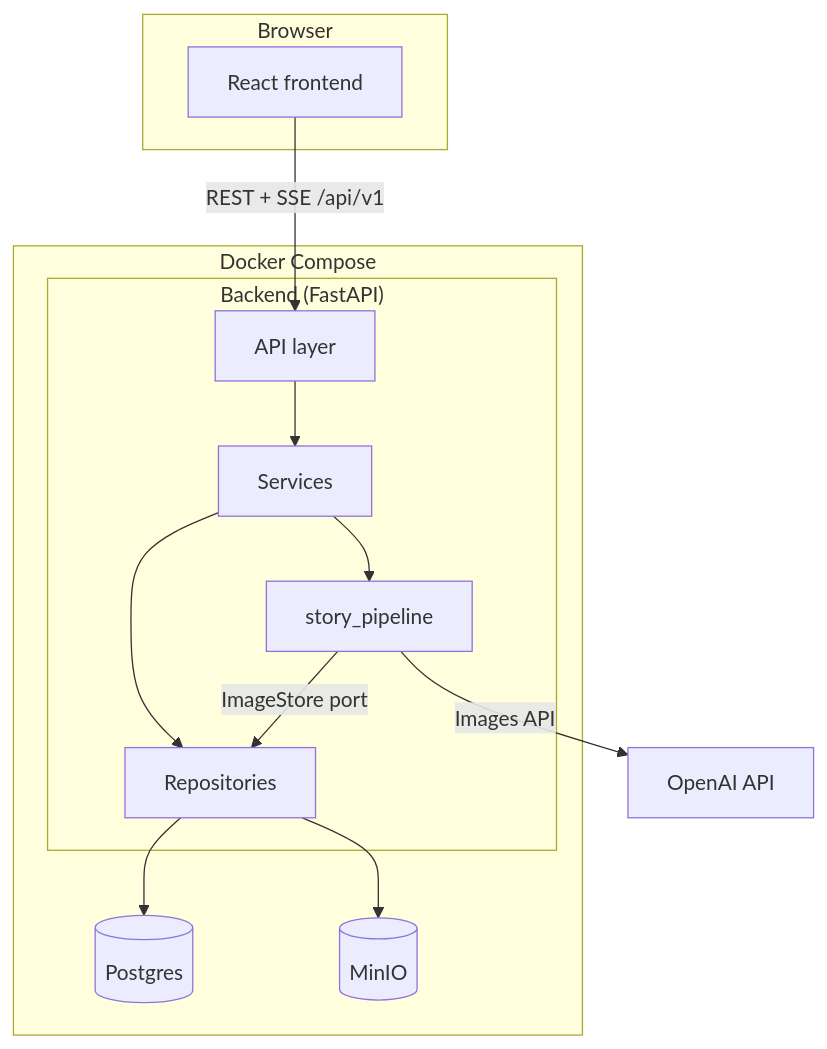
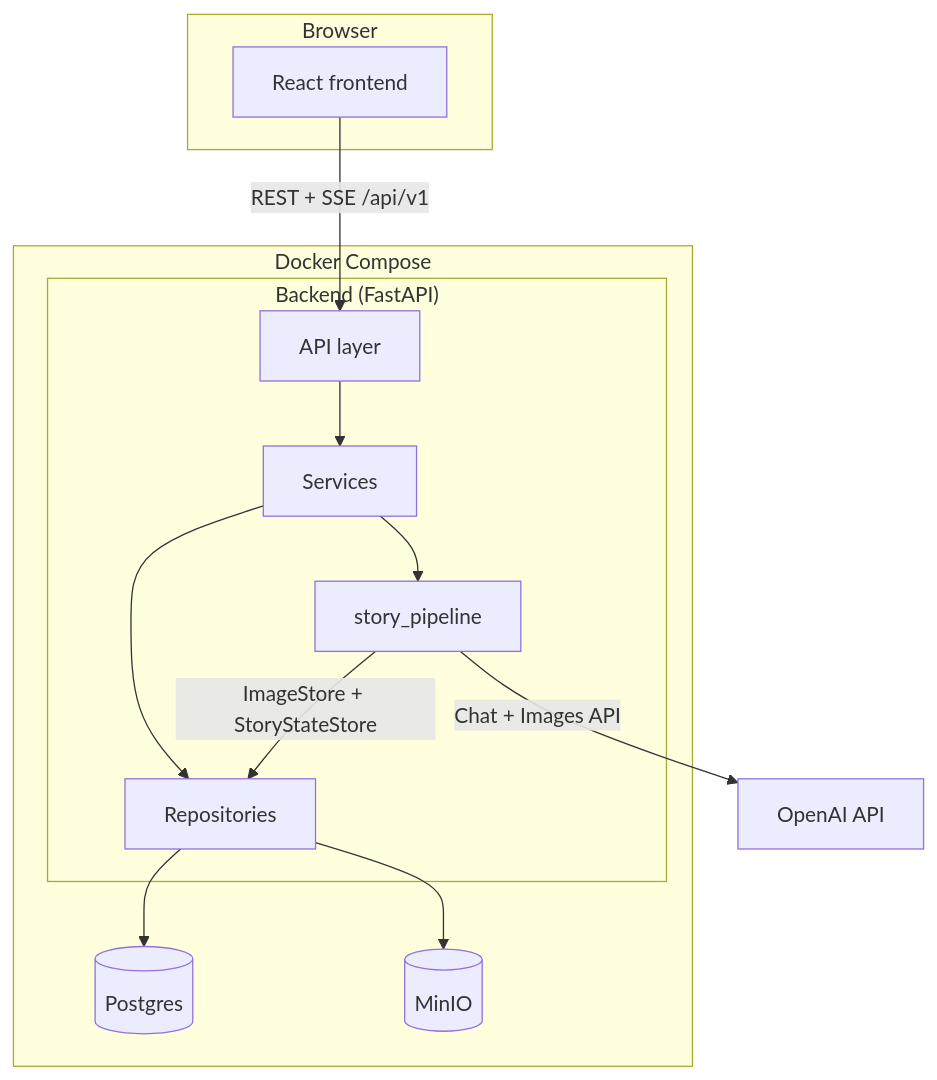
Before and after one commit to awnt9/storybook_agent: the first of 3 diagrams in docs/ARCHITECTURE.md, drawn with Mermaid. The commit also changed other lines of this file and 3 other files, not shown here.

Commit message:
docs: update architecture and agent guides for new pipeline

````diff
--- a/docs/ARCHITECTURE.md
+++ b/docs/ARCHITECTURE.md
@@ -9,28 +9,28 @@
 ```mermaid
 flowchart TB
     subgraph client["Browser"]
         FE[React frontend]
     end
 
     subgraph compose["Docker Compose"]
         subgraph backend["Backend (FastAPI)"]
             API[API layer]
             SVC[Services]
             PIPE[story_pipeline]
             REPO[Repositories]
         end
         DB[(Postgres)]
         MINIO[(MinIO)]
     end
 
     OPENAI[OpenAI API]
 
     FE -->|REST + SSE /api/v1| API
     API --> SVC
     SVC --> PIPE
     SVC --> REPO
-    PIPE -->|Images API| OPENAI
-    PIPE -->|ImageStore port| REPO
+    PIPE -->|Chat + Images API| OPENAI
+    PIPE -->|ImageStore + StoryStateStore| REPO
     REPO --> DB
     REPO --> MINIO
 ```
````
